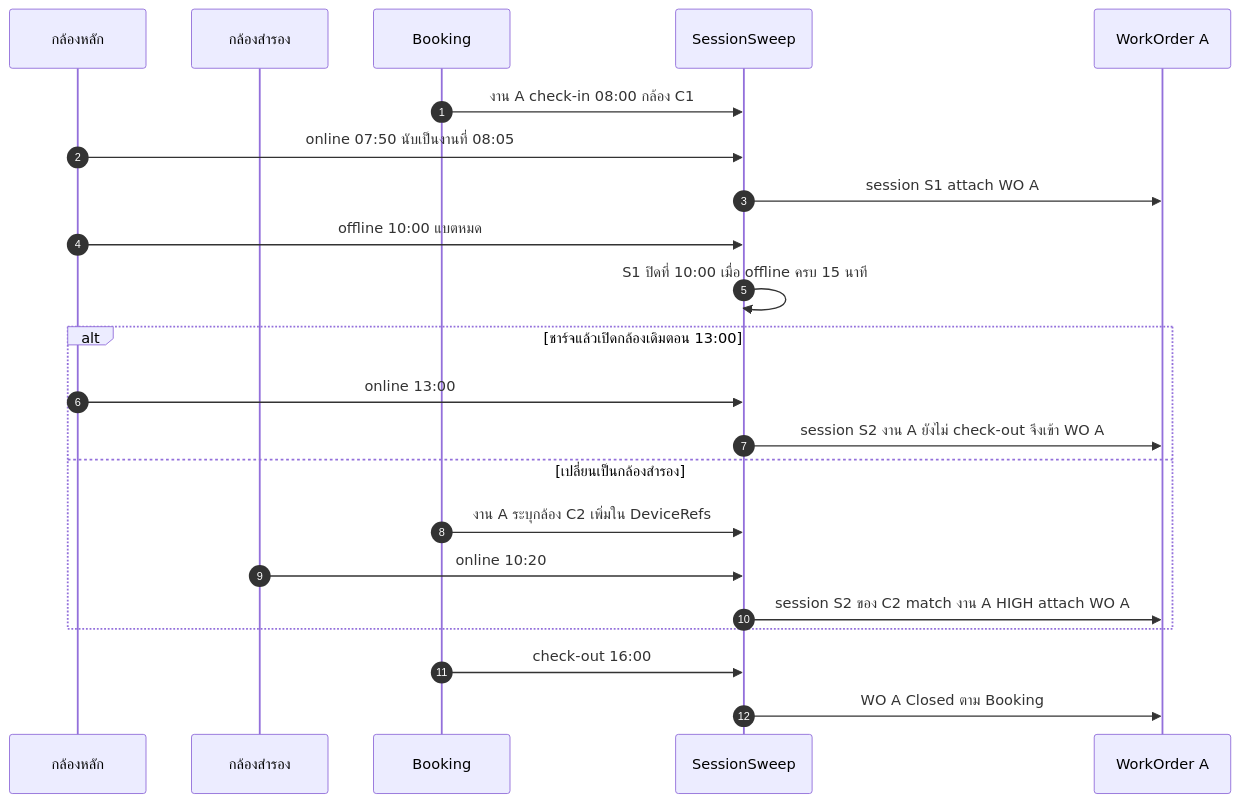
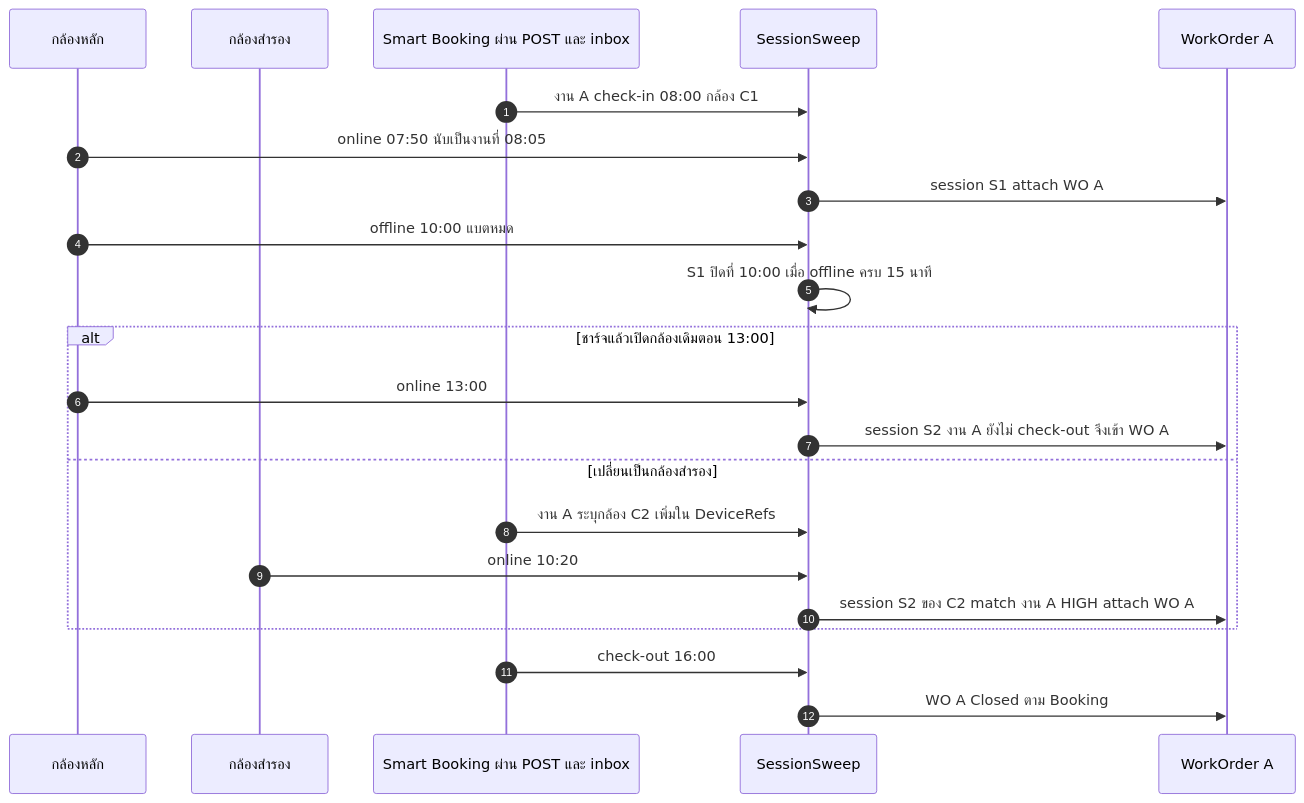
One commit to b-werayut/psd-bodycam-v1.0 changed the sixth of 10 diagrams in docs/blueprint/03-business-workflows.md. Above: the diagram before and after it, drawn with Mermaid. The commit also changed other lines of this file and 15 other files, not shown here.

````diff
--- a/docs/blueprint/03-business-workflows.md
+++ b/docs/blueprint/03-business-workflows.md
@@ -252,25 +259,25 @@
 ```mermaid
 sequenceDiagram
   autonumber
   participant C1 as กล้องหลัก
   participant C2 as กล้องสำรอง
-  participant BK as Booking
+  participant BK as Smart Booking ผ่าน POST และ inbox
   participant SW as SessionSweep
   participant WO as WorkOrder A
 
   BK->>SW: งาน A check-in 08:00 กล้อง C1
   C1->>SW: online 07:50 นับเป็นงานที่ 08:05
   SW->>WO: session S1 attach WO A
   C1->>SW: offline 10:00 แบตหมด
   SW->>SW: S1 ปิดที่ 10:00 เมื่อ offline ครบ 15 นาที
   alt ชาร์จแล้วเปิดกล้องเดิมตอน 13:00
     C1->>SW: online 13:00
     SW->>WO: session S2 งาน A ยังไม่ check-out จึงเข้า WO A
   else เปลี่ยนเป็นกล้องสำรอง
     BK->>SW: งาน A ระบุกล้อง C2 เพิ่มใน DeviceRefs
     C2->>SW: online 10:20
     SW->>WO: session S2 ของ C2 match งาน A HIGH attach WO A
   end
   BK->>SW: check-out 16:00
   SW->>WO: WO A Closed ตาม Booking
 ```
````
